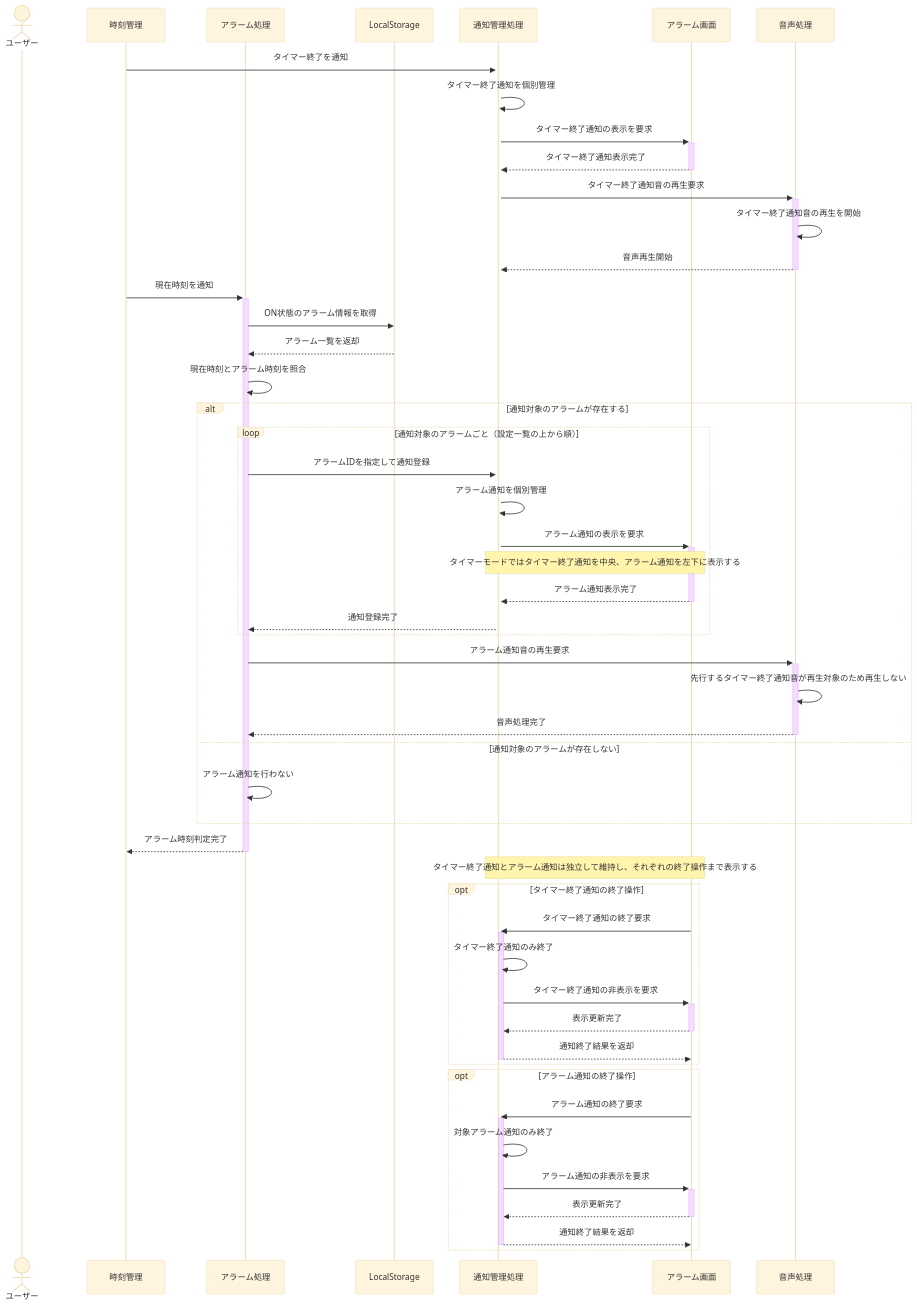
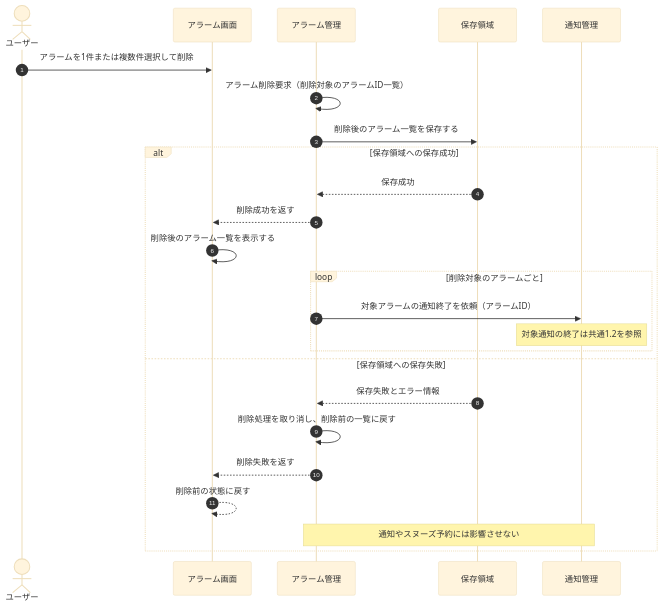
Before and after one commit to shun62201234-crypto/timerApplication: the sixth of 6 diagrams in document/設計/シーケンス図/アラームシーケンス図.md, drawn with Mermaid (base theme). The commit also changed other lines of this file, not shown here.

First line of the commit message:
アラームシーケンス図の整理と共通処理への集約

````diff
--- a/document/設計/シーケンス図/アラームシーケンス図.md
+++ b/document/設計/シーケンス図/アラームシーケンス図.md
@@ -247,61 +153,31 @@
 ```mermaid
 sequenceDiagram
+    autonumber
     actor User as ユーザー
-    participant Clock as 時刻管理
-    participant Alarm as アラーム処理
-    participant Storage as LocalStorage
-    participant Notify as 通知管理処理
     participant UI as アラーム画面
-    participant Audio as 音声処理
+    participant Alarm as アラーム管理
+    participant Storage as 保存領域
+    participant Notify as 通知管理
 
-    Clock->>+Notify: タイマー終了を通知
-    Notify->>Notify: タイマー終了通知を個別管理
-    Notify->>+UI: タイマー終了通知の表示を要求
-    UI-->>-Notify: タイマー終了通知表示完了
+    User->>UI: アラームを1件または複数件選択して削除
+    Alarm->>Alarm: アラーム削除要求（削除対象のアラームID一覧）
+    Alarm->>Storage: 削除後のアラーム一覧を保存する
 
-    Notify->>+Audio: タイマー終了通知音の再生要求
-    Audio->>Audio: タイマー終了通知音の再生を開始
-    Audio-->>-Notify: 音声再生開始
+    alt 保存領域への保存成功
+        Storage-->>Alarm: 保存成功
+        Alarm-->>UI: 削除成功を返す
+         UI->>UI: 削除後のアラーム一覧を表示する
 
-    Clock->>+Alarm: 現在時刻を通知
-    Alarm->>Storage: ON状態のアラーム情報を取得
-    Storage-->>Alarm: アラーム一覧を返却
-    Alarm->>Alarm: 現在時刻とアラーム時刻を照合
+        loop 削除対象のアラームごと
+            Alarm->>Notify: 対象アラームの通知終了を依頼（アラームID）
+           Note over Notify: 対象通知の終了は共通1.2を参照
+        end
+    else 保存領域への保存失敗
+        Storage-->>Alarm: 保存失敗とエラー情報
+        Alarm->>Alarm: 削除処理を取り消し、削除前の一覧に戻す
+        Alarm-->>UI: 削除失敗を返す
+        UI-->>UI: 削除前の状態に戻す
 
-    alt 通知対象のアラームが存在する
-        loop 通知対象のアラームごと（設定一覧の上から順）
-            Alarm->>Notify: アラームIDを指定して通知登録
-            Notify->>Notify: アラーム通知を個別管理
-            Notify->>+UI: アラーム通知の表示を要求
-            Note over Notify,UI: タイマーモードではタイマー終了通知を中央、アラーム通知を左下に表示する
-            UI-->>-Notify: アラーム通知表示完了
-            Notify-->>Alarm: 通知登録完了
-        end
-
-        Alarm->>+Audio: アラーム通知音の再生要求
-        Audio->>Audio: 先行するタイマー終了通知音が再生対象のため再生しない
-        Audio-->>-Alarm: 音声処理完了
-    else 通知対象のアラームが存在しない
-        Alarm->>Alarm: アラーム通知を行わない
-    end
-
-    Alarm-->>-Clock: アラーム時刻判定完了
-
-    Note over Notify,UI: タイマー終了通知とアラーム通知は独立して維持し、それぞれの終了操作まで表示する
-
-    opt タイマー終了通知の終了操作
-        UI->>+Notify: タイマー終了通知の終了要求
-        Notify->>Notify: タイマー終了通知のみ終了
-        Notify->>+UI: タイマー終了通知の非表示を要求
-        UI-->>-Notify: 表示更新完了
-        Notify-->>-UI: 通知終了結果を返却
-    end
-
-    opt アラーム通知の終了操作
-        UI->>+Notify: アラーム通知の終了要求
-        Notify->>Notify: 対象アラーム通知のみ終了
-        Notify->>+UI: アラーム通知の非表示を要求
-        UI-->>-Notify: 表示更新完了
-        Notify-->>-UI: 通知終了結果を返却
+        Note over Alarm,Notify: 通知やスヌーズ予約には影響させない
     end
 ```
````
